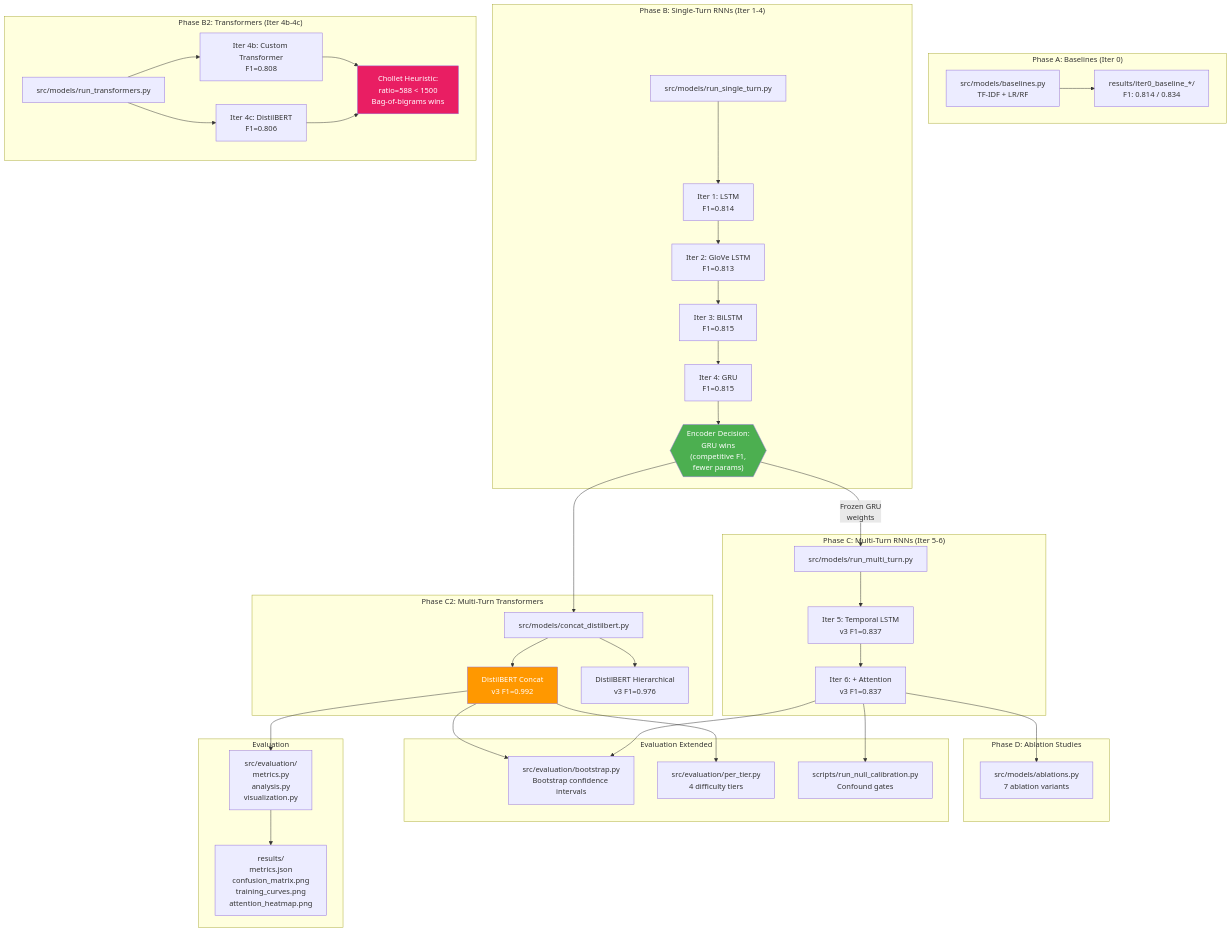
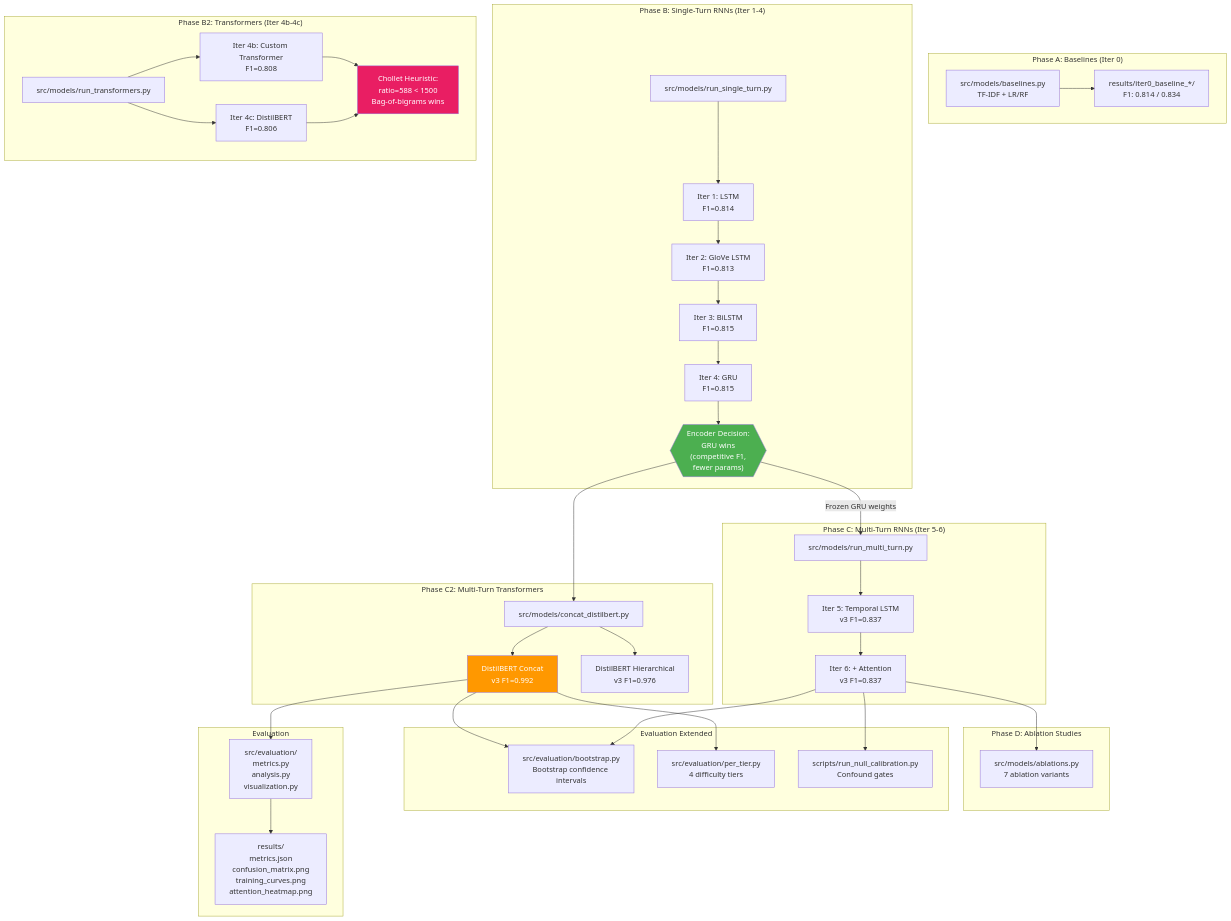
One commit to rocklambros/multiturn-injection-detection changed the second of 4 diagrams in README.md. Above: the diagram before and after it, drawn with Mermaid. The commit also changed other lines of this file and 1 other file, not shown here.

First line of the commit message:
Fix mermaid diagrams for GitHub rendering compatibility

````diff
--- a/README.md
+++ b/README.md
@@ -191,72 +199,76 @@
 ```mermaid
 flowchart TD
-    subgraph "Phase A: Baselines (Iter 0)"
-        BASE["src/models/baselines.py\nTF-IDF + LR/RF"]
-        R0["results/iter0_baseline_*/\nF1: 0.814 / 0.834"]
+    subgraph PA["Phase A: Baselines (Iter 0)"]
+        BASE["src/models/baselines.py<br/>TF-IDF + LR/RF"]
+        R0["results/iter0_baseline_*/<br/>F1: 0.814 / 0.834"]
     end
 
-    subgraph "Phase B: Single-Turn RNNs (Iter 1-4)"
+    subgraph PB["Phase B: Single-Turn RNNs (Iter 1-4)"]
         ST["src/models/run_single_turn.py"]
-        M1["Iter 1: LSTM\nF1=0.814"]
-        M2["Iter 2: GloVe LSTM\nF1=0.813"]
-        M3["Iter 3: BiLSTM\nF1=0.815"]
-        M4["Iter 4: GRU\nF1=0.815"]
-        DEC{{"Encoder Decision:\nGRU wins\n(competitive F1,\nfewer params)"}}
+        M1["Iter 1: LSTM<br/>F1=0.814"]
+        M2["Iter 2: GloVe LSTM<br/>F1=0.813"]
+        M3["Iter 3: BiLSTM<br/>F1=0.815"]
+        M4["Iter 4: GRU<br/>F1=0.815"]
+        DEC{{"Encoder Decision:<br/>GRU wins<br/>(competitive F1,<br/>fewer params)"}}
     end
 
-    subgraph "Phase B2: Transformers (Iter 4b-4c)"
+    subgraph PB2["Phase B2: Transformers (Iter 4b-4c)"]
         TF["src/models/run_transformers.py"]
-        M4B["Iter 4b: Custom Transformer\nF1=0.808"]
-        M4C["Iter 4c: DistilBERT\nF1=0.806"]
-        CHO["Chollet Heuristic:\nratio=588 < 1500\nBag-of-bigrams wins"]
+        M4B["Iter 4b: Custom Transformer<br/>F1=0.808"]
+        M4C["Iter 4c: DistilBERT<br/>F1=0.806"]
+        CHO["Chollet Heuristic:<br/>ratio=588 &lt; 1500<br/>Bag-of-bigrams wins"]
     end
 
-    subgraph "Phase C: Multi-Turn RNNs (Iter 5-6)"
+    subgraph PC["Phase C: Multi-Turn RNNs (Iter 5-6)"]
         MT["src/models/run_multi_turn.py"]
-        M5["Iter 5: Temporal LSTM\nv3 F1=0.837"]
-        M6["Iter 6: + Attention\nv3 F1=0.837"]
+        M5["Iter 5: Temporal LSTM<br/>v3 F1=0.837"]
+        M6["Iter 6: + Attention<br/>v3 F1=0.837"]
     end
 
-    subgraph "Phase C2: Multi-Turn Transformers"
+    subgraph PC2["Phase C2: Multi-Turn Transformers"]
         DBT["src/models/concat_distilbert.py"]
-        DBC["DistilBERT Concat\nv3 F1=0.992"]
-        DBH["DistilBERT Hierarchical\nv3 F1=0.976"]
+        DBC["DistilBERT Concat<br/>v3 F1=0.992"]
+        DBH["DistilBERT Hierarchical<br/>v3 F1=0.976"]
     end
 
     BASE --> R0
     ST --> M1 --> M2 --> M3 --> M4
     M4 --> DEC
-    TF --> M4B & M4C --> CHO
+    TF --> M4B
+    TF --> M4C
+    M4B --> CHO
+    M4C --> CHO
 
-    DEC -->|"Frozen GRU\nweights"| MT
+    DEC -->|"Frozen GRU weights"| MT
     MT --> M5 --> M6
     DEC --> DBT
-    DBT --> DBC & DBH
+    DBT --> DBC
+    DBT --> DBH
 
-    subgraph "Phase D: Ablation Studies"
-        ABL["src/models/ablations.py\n7 ablation variants"]
+    subgraph PD["Phase D: Ablation Studies"]
+        ABL["src/models/ablations.py<br/>7 ablation variants"]
     end
 
-    subgraph "Evaluation Extended"
-        BS["src/evaluation/bootstrap.py\nBootstrap confidence intervals"]
-        PT["src/evaluation/per_tier.py\n4 difficulty tiers"]
-        NC["scripts/run_null_calibration.py\nConfound gates"]
+    subgraph EE["Evaluation Extended"]
+        BS["src/evaluation/bootstrap.py<br/>Bootstrap confidence intervals"]
+        PT["src/evaluation/per_tier.py<br/>4 difficulty tiers"]
+        NC["scripts/run_null_calibration.py<br/>Confound gates"]
     end
 
     M6 --> ABL
     DBC --> BS
     DBC --> PT
     M6 --> BS
     M6 --> NC
 
-    subgraph "Evaluation"
-        EV["src/evaluation/\nmetrics.py\nanalysis.py\nvisualization.py"]
-        RES["results/\nmetrics.json\nconfusion_matrix.png\ntraining_curves.png\nattention_heatmap.png"]
+    subgraph EV0["Evaluation"]
+        EV["src/evaluation/<br/>metrics.py<br/>analysis.py<br/>visualization.py"]
+        RES["results/<br/>metrics.json<br/>confusion_matrix.png<br/>training_curves.png<br/>attention_heatmap.png"]
     end
 
     DBC --> EV --> RES
 
     style DEC fill:#4CAF50,color:#fff
     style DBC fill:#FF9800,color:#fff
     style CHO fill:#E91E63,color:#fff
 ```
````
